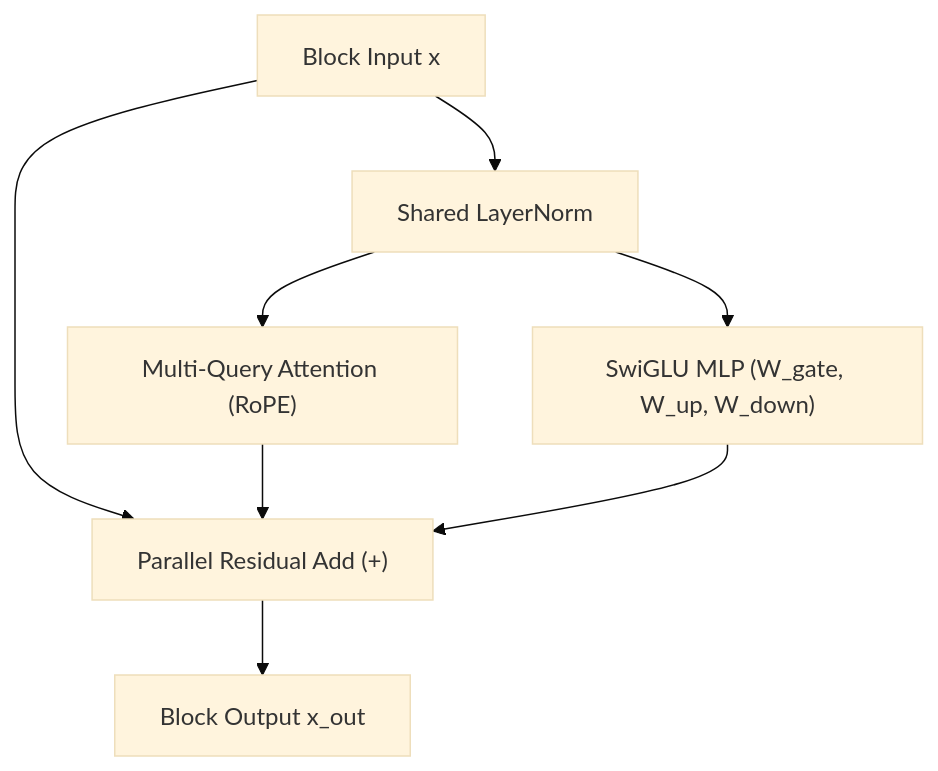
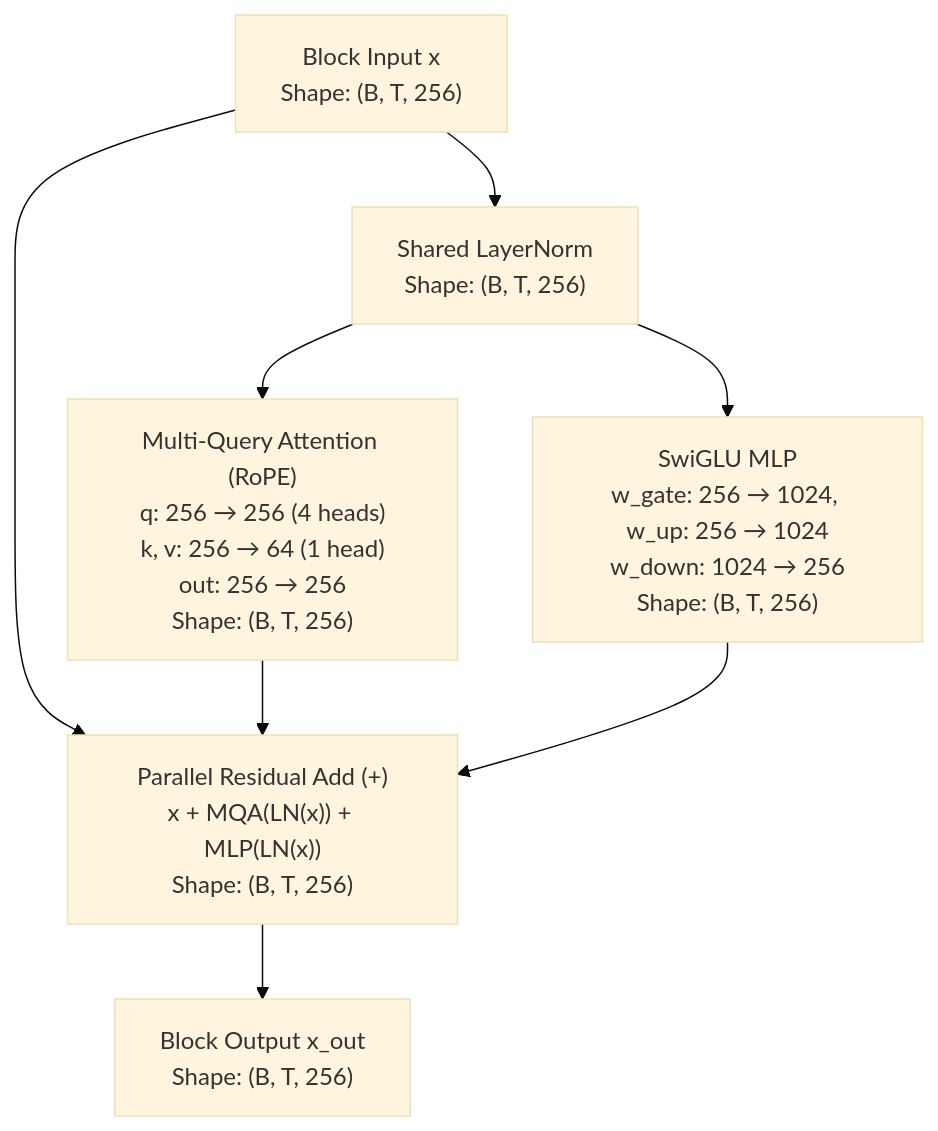
Before and after one commit to Ritvik19/NNFS: the second of 2 diagrams in docs/models/palm.md, drawn with Mermaid (base theme). The commit also changed other lines of this file and 11 other files, not shown here.

Commit message:
refactor: overhaul model documentation with architecture diagrams and update model implementations

````diff
--- a/docs/models/palm.md
+++ b/docs/models/palm.md
@@ -56,11 +58,11 @@
 ```mermaid
 flowchart TD
-    In["Block Input x"] --> LN["Shared LayerNorm"]
-    LN --> MQA["Multi-Query Attention (RoPE)"]
-    LN --> SwiGLU["SwiGLU MLP (W_gate, W_up, W_down)"]
-    In --> Add["Parallel Residual Add (+)"]
+    In["Block Input x<br/>Shape: (B, T, 256)"] --> LN["Shared LayerNorm<br/>Shape: (B, T, 256)"]
+    LN --> MQA["Multi-Query Attention (RoPE)<br/>q: 256 → 256 (4 heads)<br/>k, v: 256 → 64 (1 head)<br/>out: 256 → 256<br/>Shape: (B, T, 256)"]
+    LN --> SwiGLU["SwiGLU MLP<br/>w_gate: 256 → 1024, w_up: 256 → 1024<br/>w_down: 1024 → 256<br/>Shape: (B, T, 256)"]
+    In --> Add["Parallel Residual Add (+)<br/>x + MQA(LN(x)) + MLP(LN(x))<br/>Shape: (B, T, 256)"]
     MQA --> Add
     SwiGLU --> Add
     
-    Add --> Out["Block Output x_out"]
+    Add --> Out["Block Output x_out<br/>Shape: (B, T, 256)"]
 ```
````
